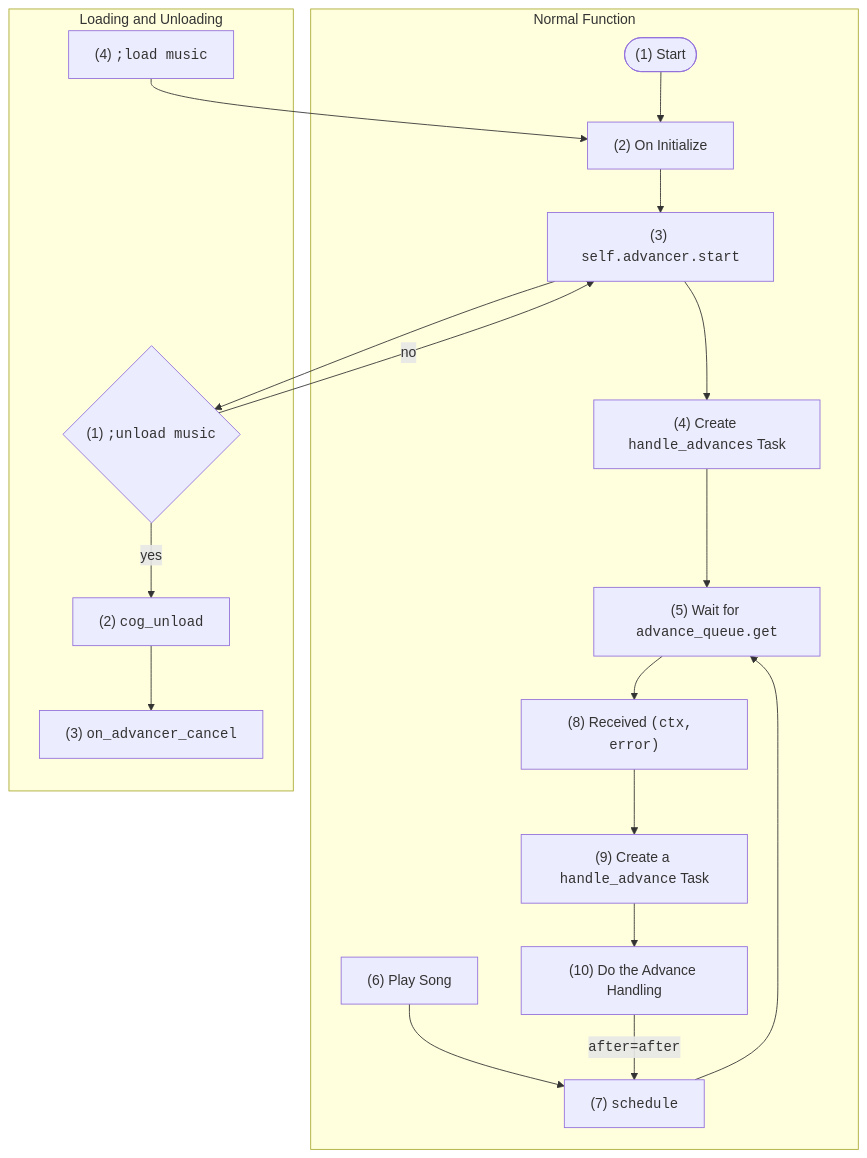
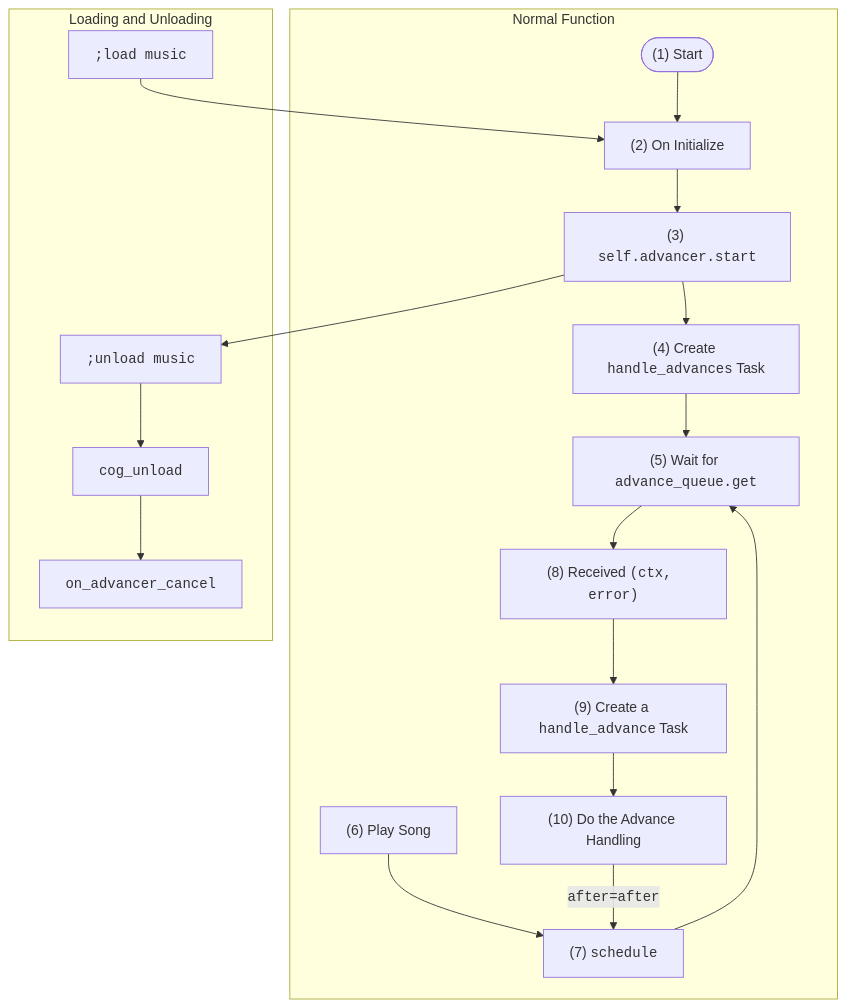
The diagram in docs/jgmusic.md (Togohogo1-Archive/joshgone-music), drawn with Mermaid before and after one commit. The commit also changed other lines of this file, not shown here.

````diff
--- a/docs/jgmusic.md
+++ b/docs/jgmusic.md
@@ -16,22 +15,21 @@
 ```mermaid
 graph TD
-    subgraph "Normal Function"
-    Z(["(1) Start"]) --> A["(2) On Initialize"];
-    A --> B["(3) <code>self.advancer.start</code>"];
-    B --> C["(4) Create <code>handle_advances</code> Task"];
-    C --> G["(5) Wait for <code>advance_queue.get</code>"]
-    D["(6) Play Song"] --> E["(7) <code>schedule</code>"];
-    E --> G
-    G --> H["(8) Received <code>(ctx, error)</code>"];
-    H --> I["(9) Create a <code>handle_advance</code> Task"];
-    I --> J["(10) Do the Advance Handling"];
-    J -->|"<code>after=after<code>"| E;
+    subgraph Normal Function
+        Z(["(1) Start"]) --> A["(2) On Initialize"];
+        A --> B["(3) <code>self.advancer.start</code>"];
+        B --> C["(4) Create <code>handle_advances</code> Task"];
+        C --> G["(5) Wait for <code>advance_queue.get</code>"]
+        D["(6) Play Song"] --> E["(7) <code>schedule</code>"];
+        E --> G
+        G --> H["(8) Received <code>(ctx, error)</code>"];
+        H --> I["(9) Create a <code>handle_advance</code> Task"];
+        I --> J["(10) Do the Advance Handling"];
+        J -->|"<code>after=after<code>"| E;
     end
-    subgraph "Loading and Unloading"
-    B --> a{"(1) <code>;unload music</code>"};
-    a -->|no| B;
-    a -->|yes| b["(2) <code>cog_unload</code>"];
-    b --> d["(3) <code>on_advancer_cancel</code>"];
-    c["(4) <code>;load music</code>"] --> A;
+    subgraph Loading and Unloading
+        c["<code>;load music</code>"] --> A;
+        B --> a["<code>;unload music</code>"];
+        a --> b["<code>cog_unload</code>"];
+        b --> d["<code>on_advancer_cancel</code>"];
     end
 ```
````
